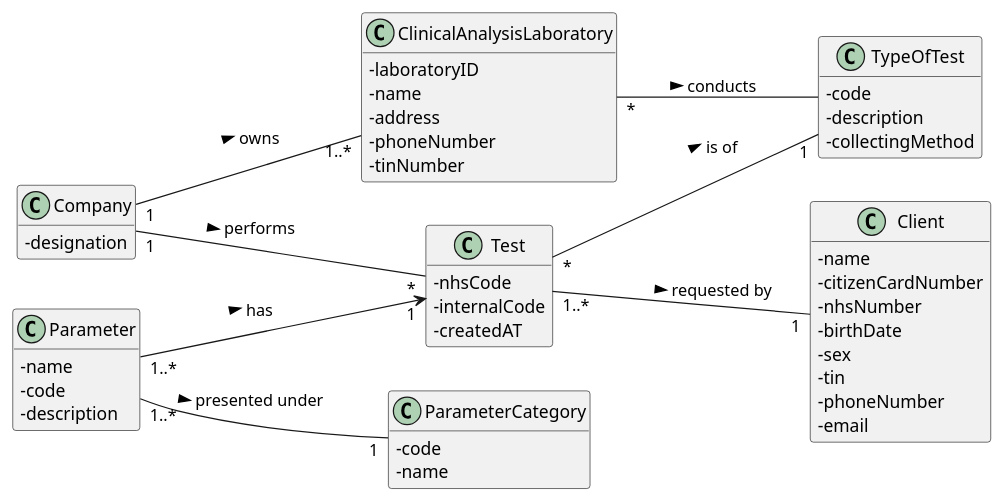
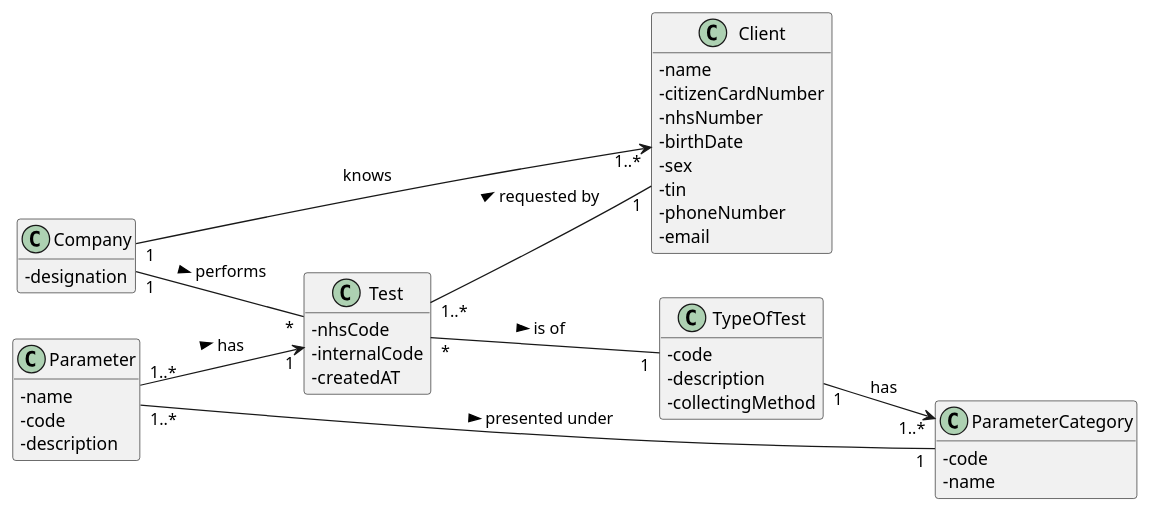
One commit to GuilhermeCunha79/lapr2 changed the diagram in docs/SprintC/US4/UC4_MD.puml. Above: the diagram before and after it, drawn with PlantUML. The commit also changed 5 other files, not shown here.

```diff
--- a/docs/SprintC/US4/UC4_MD.puml
+++ b/docs/SprintC/US4/UC4_MD.puml
@@ -1,63 +1,55 @@
 @startuml
 hide methods
 left to right direction
 skinparam classAttributeIconSize 0
 
 class Company {
  -designation
 }
 
 class Test {
   - nhsCode
   - internalCode
   - createdAT
  }
 
 class TypeOfTest {
   -code
   -description
   -collectingMethod
 }
 
-class ClinicalAnalysisLaboratory {
- - laboratoryID
- - name
- - address
- - phoneNumber
- - tinNumber
-}
 
 
 class Client {
   - name
   - citizenCardNumber
   - nhsNumber
   - birthDate
   - sex
   - tin
   - phoneNumber
   - email
 }
 
 class Parameter {
 -name
 -code
 -description
 }
 
 class ParameterCategory {
 -code
 -name
 }
 
 
 Company "1" -- "*" Test : performs >
 Test "*" -- "1" TypeOfTest: is of >
 Test "1..*" -- "1" Client: requested by >
 Parameter "1..*" -- "1" ParameterCategory: presented under >
 Parameter "1..*" --> "1" Test : has >
-Company "1" -- "1..*" ClinicalAnalysisLaboratory : owns >
-ClinicalAnalysisLaboratory "*" -- "TypeOfTest" : conducts >
-
+TypeOfTest "1" --> "1..*" ParameterCategory :  has
+Company "1" --> "1..*" Client : knows
 
 @enduml
```
